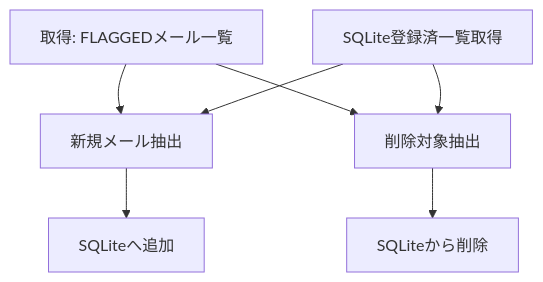
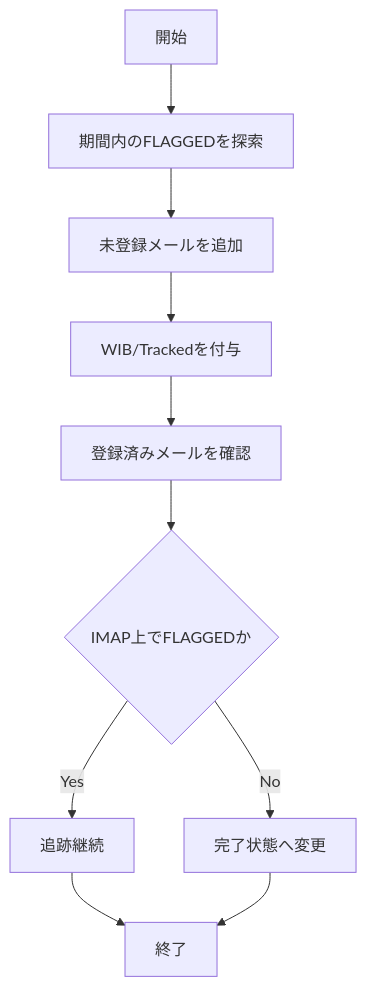
The second of 4 diagrams in docs/design_v0_1.md (a3suger/WorkInBox), drawn with Mermaid before and after one commit. The commit also changed other lines of this file, not shown here.

````diff
--- a/docs/design_v0_1.md
+++ b/docs/design_v0_1.md
@@ -232,21 +318,22 @@
 ```mermaid
 flowchart TD
+    A[開始]
+    B[期間内のFLAGGEDを探索]
+    C[未登録メールを追加]
+    D[WIB/Trackedを付与]
+    E[登録済みメールを確認]
+    F{IMAP上でFLAGGEDか}
+    G[追跡継続]
+    H[完了状態へ変更]
+    I[終了]
 
-    A[取得: FLAGGEDメール一覧]
-    B[SQLite登録済一覧取得]
-
-    C[新規メール抽出]
-    D[削除対象抽出]
-
-    E[SQLiteへ追加]
-    F[SQLiteから削除]
-
-    A --> C
+    A --> B
     B --> C
-
-    A --> D
-    B --> D
-
-    C --> E
-    D --> F
+    C --> D
+    D --> E
+    E --> F
+    F -->|Yes| G
+    F -->|No| H
+    G --> I
+    H --> I
 ```
````
